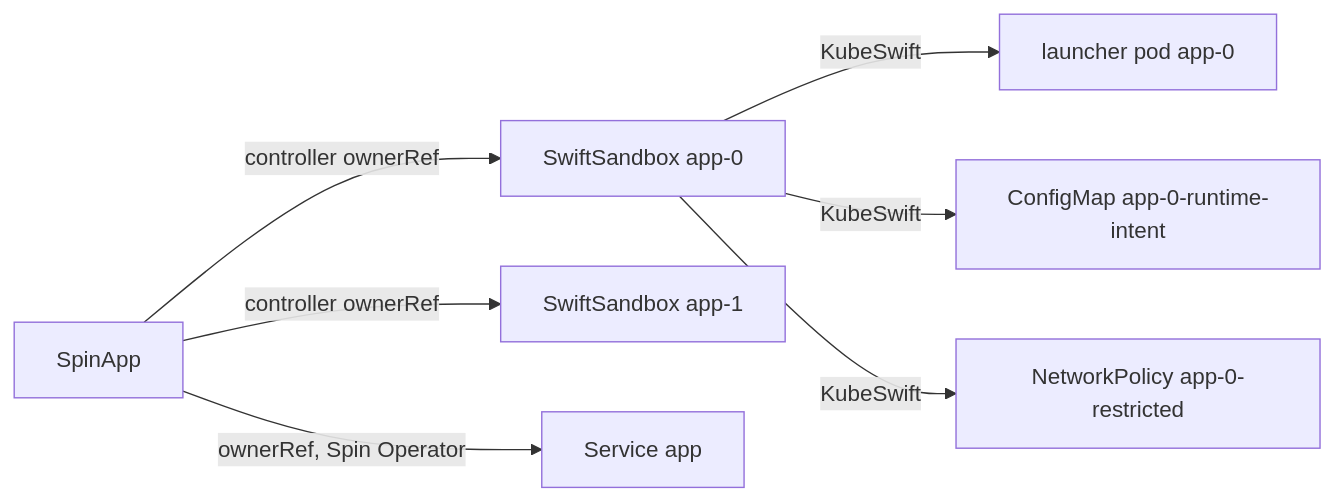
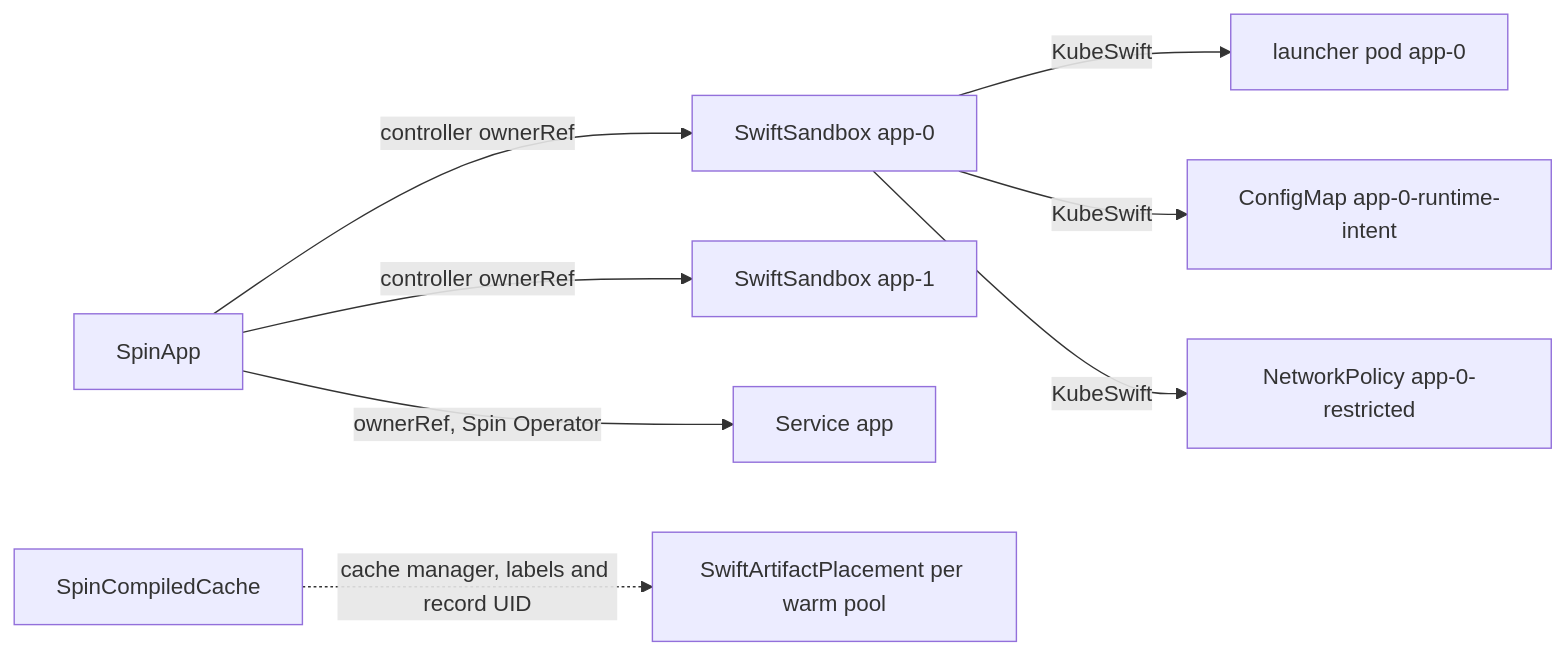
One commit to kubeswift-io/kubeswift-spin changed the third of 7 diagrams in docs/architecture.md. Above: the diagram before and after it, drawn with Mermaid. The commit also changed other lines of this file and 24 other files, not shown here.

First line of the commit message:
Keep compiled-cache delivery from gating replicas

````diff
--- a/docs/architecture.md
+++ b/docs/architecture.md
@@ -209,9 +213,10 @@
 ```mermaid
 flowchart LR
     SpinApp -- controller ownerRef --> SB0[SwiftSandbox app-0]
     SpinApp -- controller ownerRef --> SB1[SwiftSandbox app-1]
     SpinApp -- ownerRef, Spin Operator --> SVC[Service app]
     SB0 -- KubeSwift --> P0[launcher pod app-0]
     SB0 -- KubeSwift --> CM0[ConfigMap app-0-runtime-intent]
     SB0 -- KubeSwift --> NP0[NetworkPolicy app-0-restricted]
+    SCC[SpinCompiledCache] -. cache manager, labels and record UID .-> SAP[SwiftArtifactPlacement per warm pool]
 ```
````
